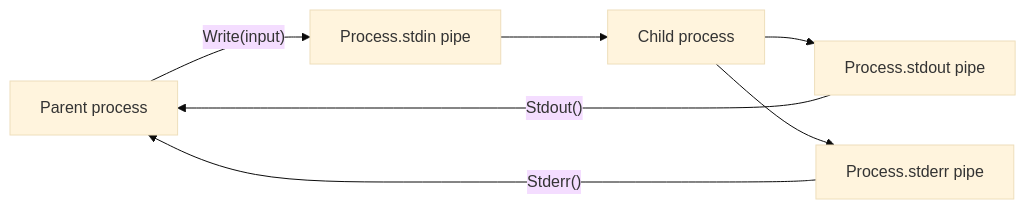
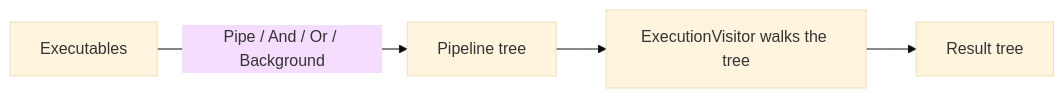
One commit to cuongtranba/trancuong.me changed the first of 2 diagrams in src/content/posts/subprocess-go-library.md. Above: the diagram before and after it, drawn with Mermaid (base theme). The commit also changed other lines of this file and 3 other files, not shown here.

````diff
--- a/src/content/posts/subprocess-go-library.md
+++ b/src/content/posts/subprocess-go-library.md
@@ -14,9 +16,6 @@
 ```mermaid
 flowchart LR
-  A[Parent process] -->|"Write(input)"| B[Process.stdin pipe]
-  B --> C[Child process]
-  C --> D[Process.stdout pipe]
-  C --> E[Process.stderr pipe]
-  D -->|"Stdout()"| A
-  E -->|"Stderr()"| A
+  A[Executables] -->|"Pipe / And / Or / Background"| B[Pipeline tree]
+  B --> C[ExecutionVisitor walks the tree]
+  C --> D[Result tree]
 ```
````
